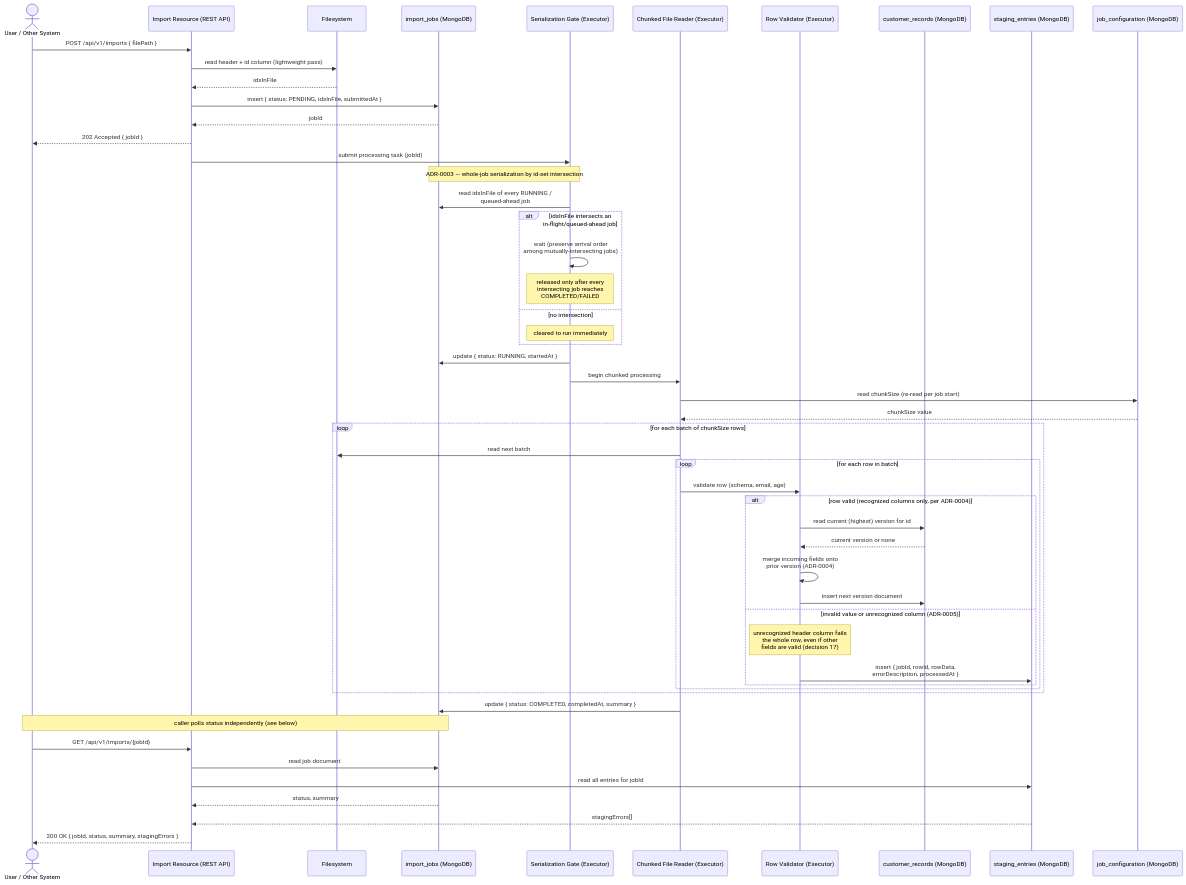
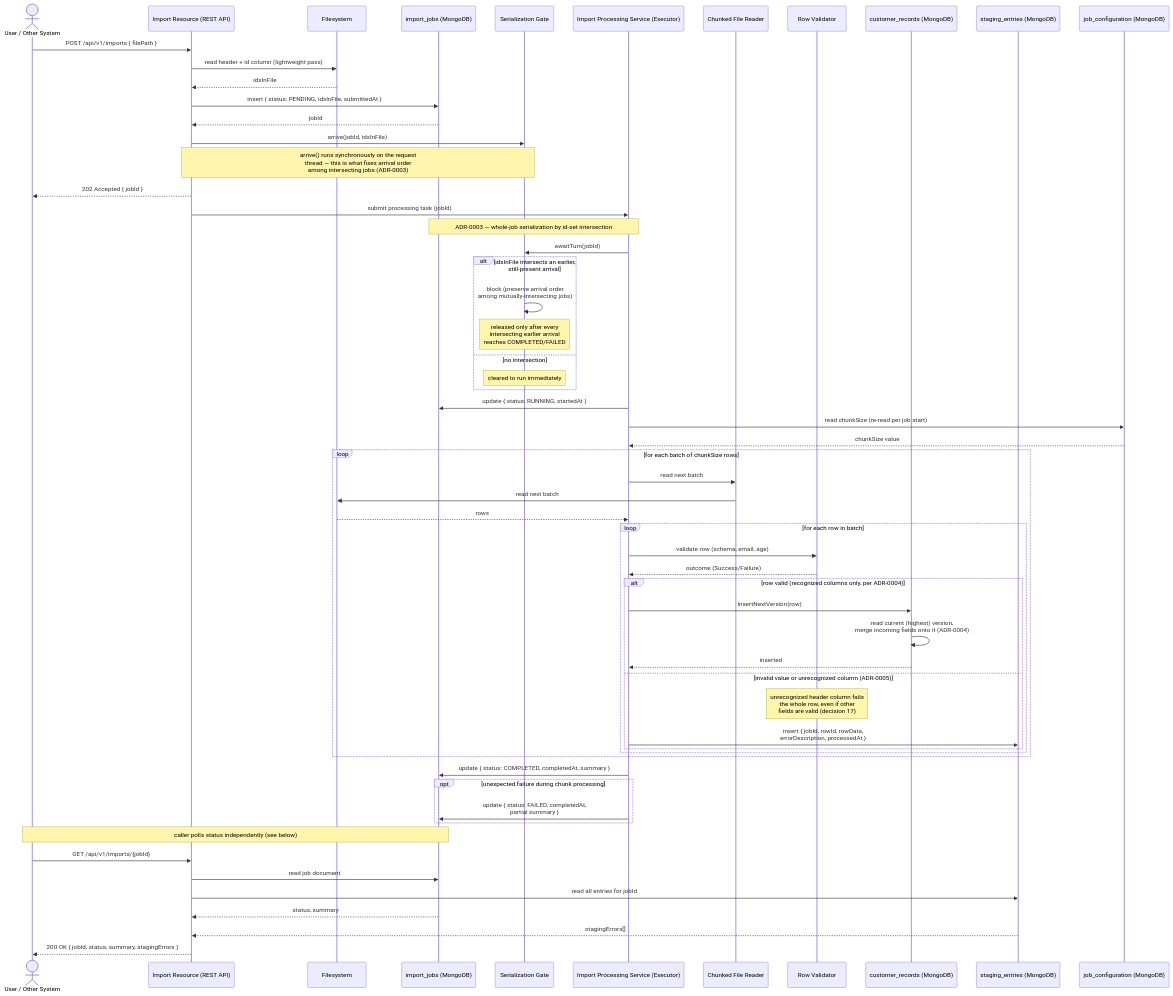
The diagram in docs/diagrams/sequence/import-flow.md (nonatorw/Planet-ImportExport), drawn with Mermaid before and after one commit. The commit also changed other lines of this file and 16 other files, not shown here.

````diff
--- a/docs/diagrams/sequence/import-flow.md
+++ b/docs/diagrams/sequence/import-flow.md
@@ -5,62 +5,69 @@
 ```mermaid
 sequenceDiagram
     actor Caller as User / Other System
     participant API as Import Resource (REST API)
     participant FS as Filesystem
     participant Jobs as import_jobs (MongoDB)
-    participant Gate as Serialization Gate (Executor)
-    participant Reader as Chunked File Reader (Executor)
-    participant Validator as Row Validator (Executor)
+    participant Gate as Serialization Gate
+    participant Orch as Import Processing Service (Executor)
+    participant Reader as Chunked File Reader
+    participant Validator as Row Validator
     participant Records as customer_records (MongoDB)
     participant Staging as staging_entries (MongoDB)
     participant Config as job_configuration (MongoDB)
 
     Caller ->> API: POST /api/v1/imports { filePath }
     API ->> FS: read header + id column (lightweight pass)
     FS -->> API: idsInFile
     API ->> Jobs: insert { status: PENDING, idsInFile, submittedAt }
     Jobs -->> API: jobId
+    API ->> Gate: arrive(jobId, idsInFile)
+    Note over API,Gate: arrive() runs synchronously on the request<br/>thread — this is what fixes arrival order<br/>among intersecting jobs (ADR-0003)
     API -->> Caller: 202 Accepted { jobId }
-    API ->> Gate: submit processing task (jobId)
+    API ->> Orch: submit processing task (jobId)
 
-    Note over Gate,Jobs: ADR-0003 — whole-job serialization by id-set intersection
-    Gate ->> Jobs: read idsInFile of every RUNNING /<br/>queued-ahead job
-    alt idsInFile intersects an in-flight/queued-ahead job
-        Gate ->> Gate: wait (preserve arrival order<br/>among mutually-intersecting jobs)
-        Note over Gate: released only after every<br/>intersecting job reaches<br/>COMPLETED/FAILED
+    Note over Orch,Jobs: ADR-0003 — whole-job serialization by id-set intersection
+    Orch ->> Gate: awaitTurn(jobId)
+    alt idsInFile intersects an earlier, still-present arrival
+        Gate ->> Gate: block (preserve arrival order<br/>among mutually-intersecting jobs)
+        Note over Gate: released only after every<br/>intersecting earlier arrival<br/>reaches COMPLETED/FAILED
     else no intersection
         Note over Gate: cleared to run immediately
     end
 
-    Gate ->> Jobs: update { status: RUNNING, startedAt }
-    Gate ->> Reader: begin chunked processing
-
-    Reader ->> Config: read chunkSize (re-read per job start)
-    Config -->> Reader: chunkSize value
+    Orch ->> Jobs: update { status: RUNNING, startedAt }
+    Orch ->> Config: read chunkSize (re-read per job start)
+    Config -->> Orch: chunkSize value
 
     loop for each batch of chunkSize rows
+        Orch ->> Reader: read next batch
         Reader ->> FS: read next batch
+        FS -->> Orch: rows
         loop for each row in batch
-            Reader ->> Validator: validate row (schema, email, age)
+            Orch ->> Validator: validate row (schema, email, age)
+            Validator -->> Orch: outcome (Success/Failure)
             alt row valid (recognized columns only, per ADR-0004)
-                Validator ->> Records: read current (highest) version for id
-                Records -->> Validator: current version or none
-                Validator ->> Validator: merge incoming fields onto<br/>prior version (ADR-0004)
-                Validator ->> Records: insert next version document
+                Orch ->> Records: insertNextVersion(row)
+                Records ->> Records: read current (highest) version,<br/>merge incoming fields onto it (ADR-0004)
+                Records -->> Orch: inserted
             else invalid value or unrecognized column (ADR-0005)
                 Note over Validator: unrecognized header column fails<br/>the whole row, even if other<br/>fields are valid (decision 17)
-                Validator ->> Staging: insert { jobId, rowId, rowData,<br/>errorDescription, processedAt }
+                Orch ->> Staging: insert { jobId, rowId, rowData,<br/>errorDescription, processedAt }
             end
         end
     end
 
-    Reader ->> Jobs: update { status: COMPLETED, completedAt, summary }
+    Orch ->> Jobs: update { status: COMPLETED, completedAt, summary }
+
+    opt unexpected failure during chunk processing
+        Orch ->> Jobs: update { status: FAILED, completedAt,<br/>partial summary }
+    end
 
     Note over Caller,Jobs: caller polls status independently (see below)
     Caller ->> API: GET /api/v1/imports/{jobId}
     API ->> Jobs: read job document
     API ->> Staging: read all entries for jobId
     Jobs -->> API: status, summary
     Staging -->> API: stagingErrors[]
     API -->> Caller: 200 OK { jobId, status, summary, stagingErrors }
 ```
````
